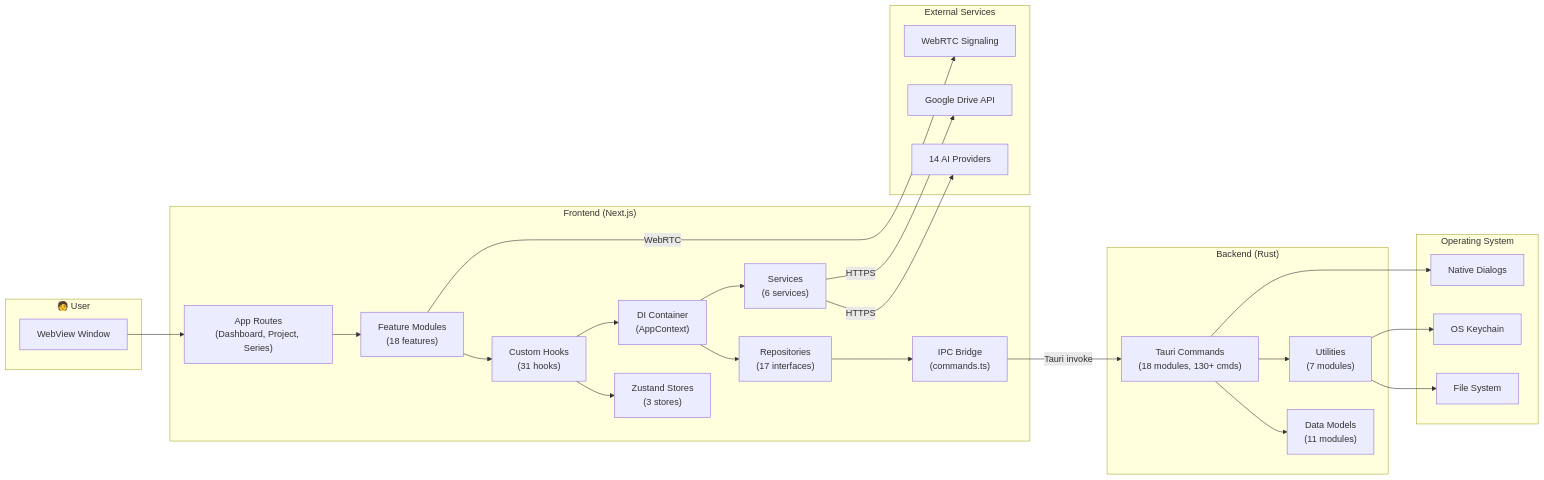
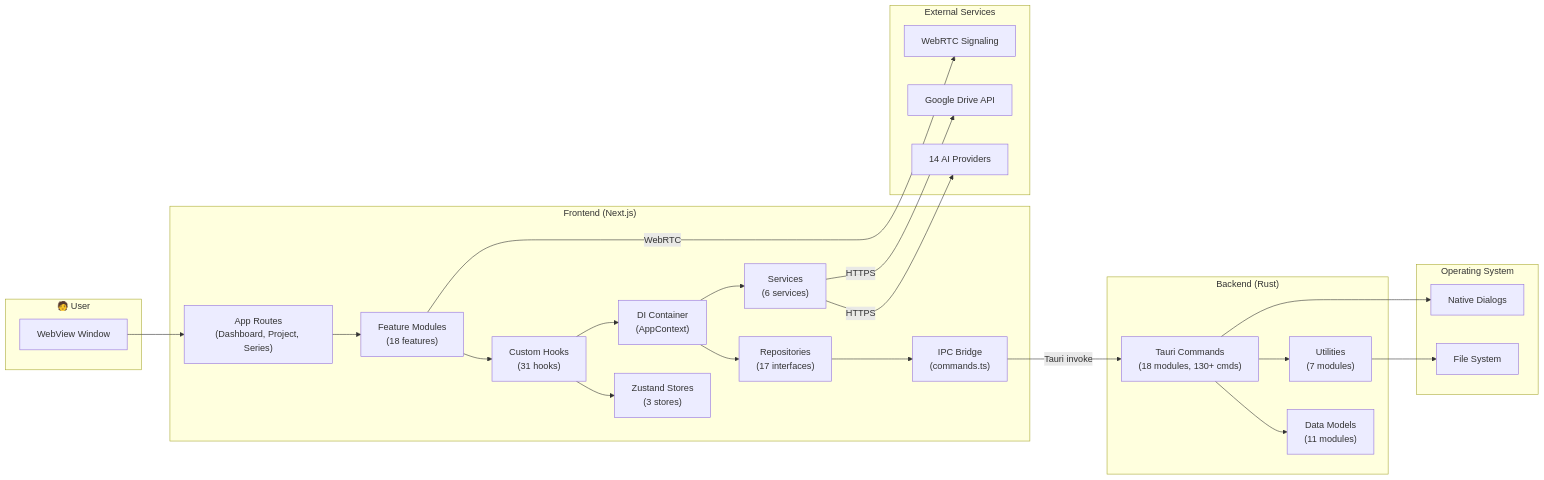
The second of 6 diagrams in docs/hld.md (Sai-Roopesh/becomeAnAuthor), drawn with Mermaid before and after one commit. The commit also changed other lines of this file and 2 other files, not shown here.

Commit message:
docs: update architecture for debloat and security changes

````diff
--- a/docs/hld.md
+++ b/docs/hld.md
@@ -259,49 +259,47 @@
 ```mermaid
 flowchart LR
     subgraph User["🧑 User"]
         Browser["WebView Window"]
     end
 
     subgraph Frontend["Frontend (Next.js)"]
         Pages["App Routes<br/>(Dashboard, Project, Series)"]
         Features["Feature Modules<br/>(18 features)"]
         Hooks["Custom Hooks<br/>(31 hooks)"]
         Stores["Zustand Stores<br/>(3 stores)"]
         DI["DI Container<br/>(AppContext)"]
         Repos["Repositories<br/>(17 interfaces)"]
         Services["Services<br/>(6 services)"]
         IPC["IPC Bridge<br/>(commands.ts)"]
     end
 
     subgraph Backend["Backend (Rust)"]
         Commands["Tauri Commands<br/>(18 modules, 130+ cmds)"]
         Models["Data Models<br/>(11 modules)"]
         Utils["Utilities<br/>(7 modules)"]
     end
 
     subgraph OS["Operating System"]
         FS["File System"]
-        Keychain["OS Keychain"]
         Dialog["Native Dialogs"]
     end
 
     subgraph External["External Services"]
         AIProviders["14 AI Providers"]
         GDrive["Google Drive API"]
         Signaling["WebRTC Signaling"]
     end
 
     Browser --> Pages --> Features --> Hooks
     Hooks --> Stores
     Hooks --> DI --> Repos --> IPC
     DI --> Services
     IPC -->|"Tauri invoke"| Commands
     Commands --> Models
     Commands --> Utils
     Utils --> FS
-    Utils --> Keychain
     Commands --> Dialog
     Services -->|"HTTPS"| AIProviders
     Services -->|"HTTPS"| GDrive
     Features -->|"WebRTC"| Signaling
 ```
````
